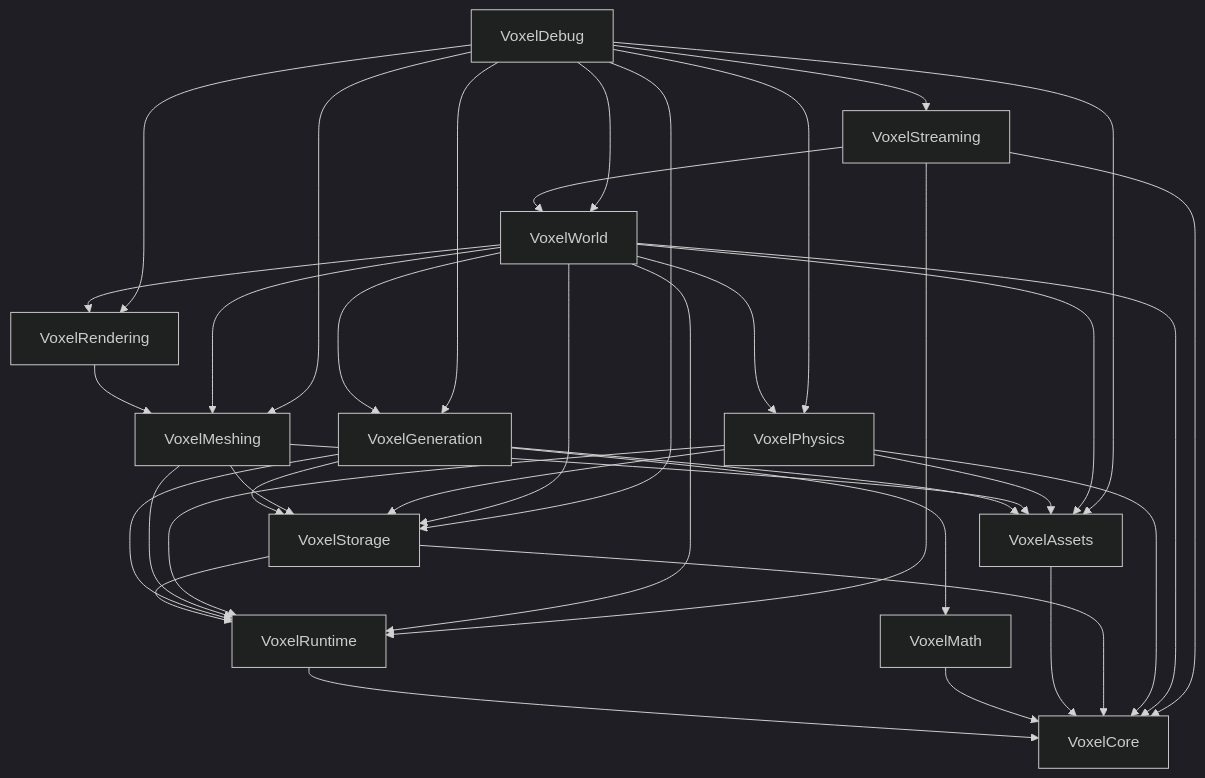
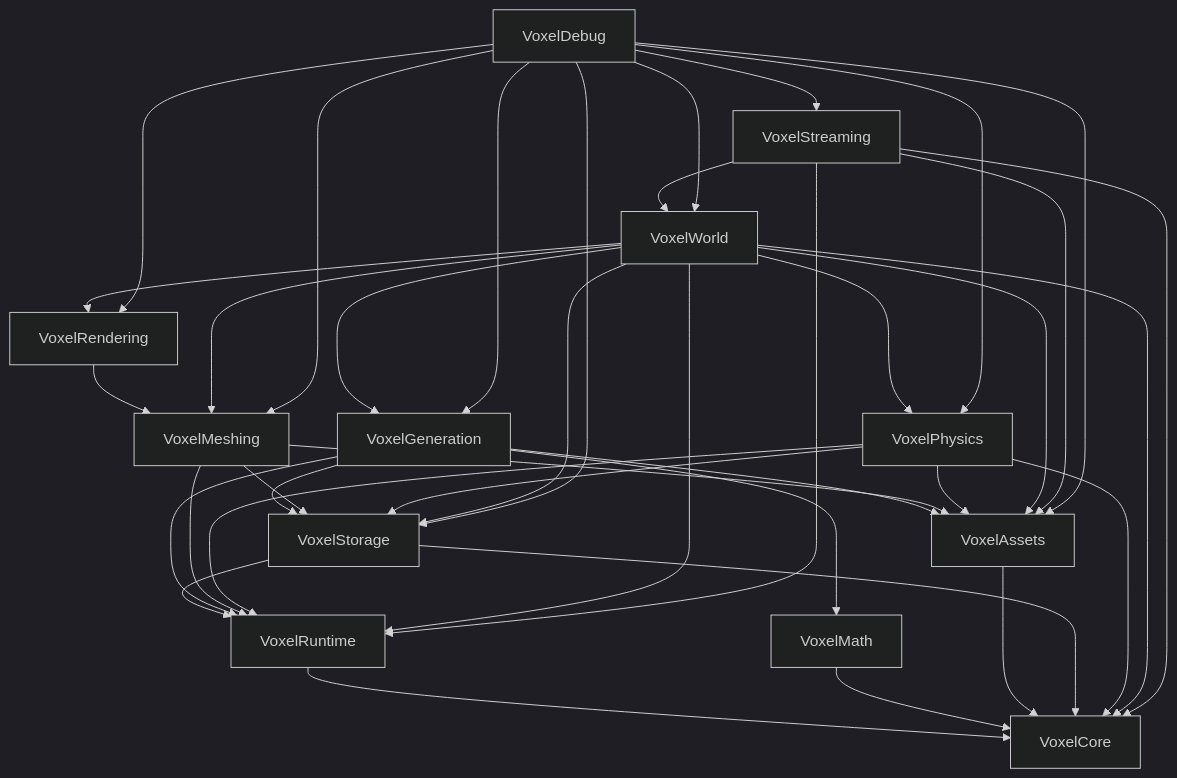
One commit to Jaiminsinh-Dodiya/VoxelFramework-UE5 changed the diagram in README.md. Above: the diagram before and after it, drawn with Mermaid (dark theme). The commit also changed other lines of this file and 1 other file, not shown here.

````diff
--- a/README.md
+++ b/README.md
@@ -32,46 +32,47 @@
 ```mermaid
 graph TD;
     VoxelRuntime --> VoxelCore;
     VoxelMath --> VoxelCore;
     VoxelAssets --> VoxelCore;
     VoxelStorage --> VoxelCore;
     VoxelStorage --> VoxelRuntime;
     
     VoxelGeneration --> VoxelMath;
     VoxelGeneration --> VoxelAssets;
     VoxelGeneration --> VoxelStorage;
     VoxelGeneration --> VoxelRuntime;
     
     VoxelMeshing --> VoxelStorage;
     VoxelMeshing --> VoxelAssets;
     VoxelMeshing --> VoxelRuntime;
     
     VoxelRendering --> VoxelMeshing;
 
     VoxelPhysics --> VoxelCore;
     VoxelPhysics --> VoxelStorage;
     VoxelPhysics --> VoxelAssets;
     VoxelPhysics --> VoxelRuntime;
     
     VoxelWorld --> VoxelCore;
     VoxelWorld --> VoxelRuntime;
     VoxelWorld --> VoxelAssets;
     VoxelWorld --> VoxelStorage;
     VoxelWorld --> VoxelGeneration;
     VoxelWorld --> VoxelMeshing;
     VoxelWorld --> VoxelRendering;
     VoxelWorld --> VoxelPhysics;
 
     VoxelStreaming --> VoxelCore;
     VoxelStreaming --> VoxelRuntime;
     VoxelStreaming --> VoxelWorld;
+    VoxelStreaming --> VoxelAssets;
     
     VoxelDebug --> VoxelGeneration;
     VoxelDebug --> VoxelMeshing;
     VoxelDebug --> VoxelStorage;
     VoxelDebug --> VoxelAssets;
     VoxelDebug --> VoxelRendering;
     VoxelDebug --> VoxelPhysics;
     VoxelDebug --> VoxelWorld;
     VoxelDebug --> VoxelStreaming;
 ```
````
